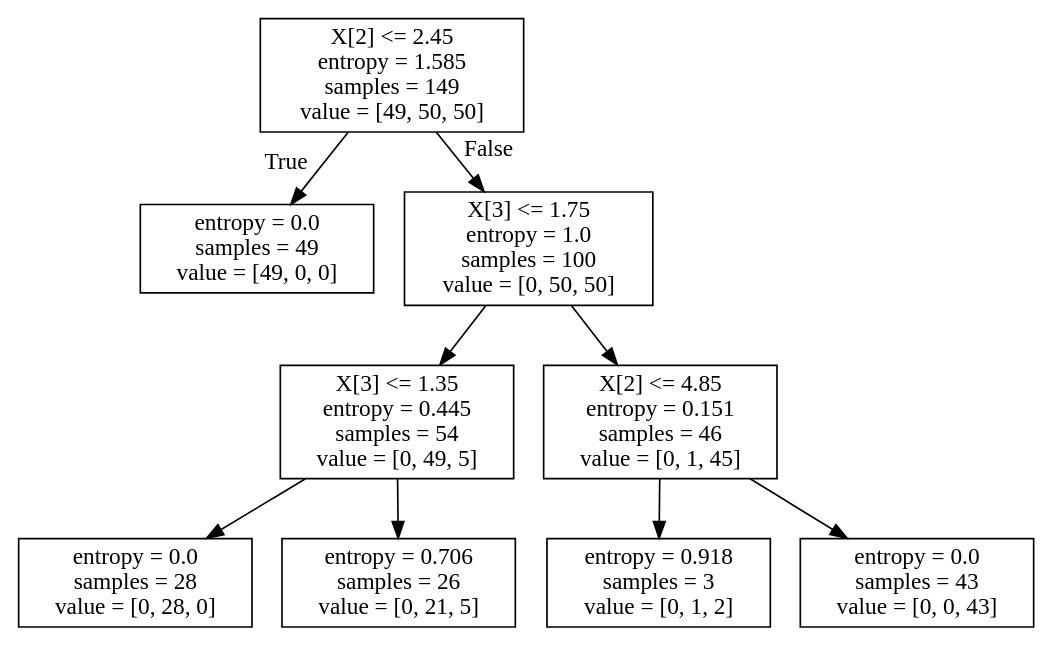
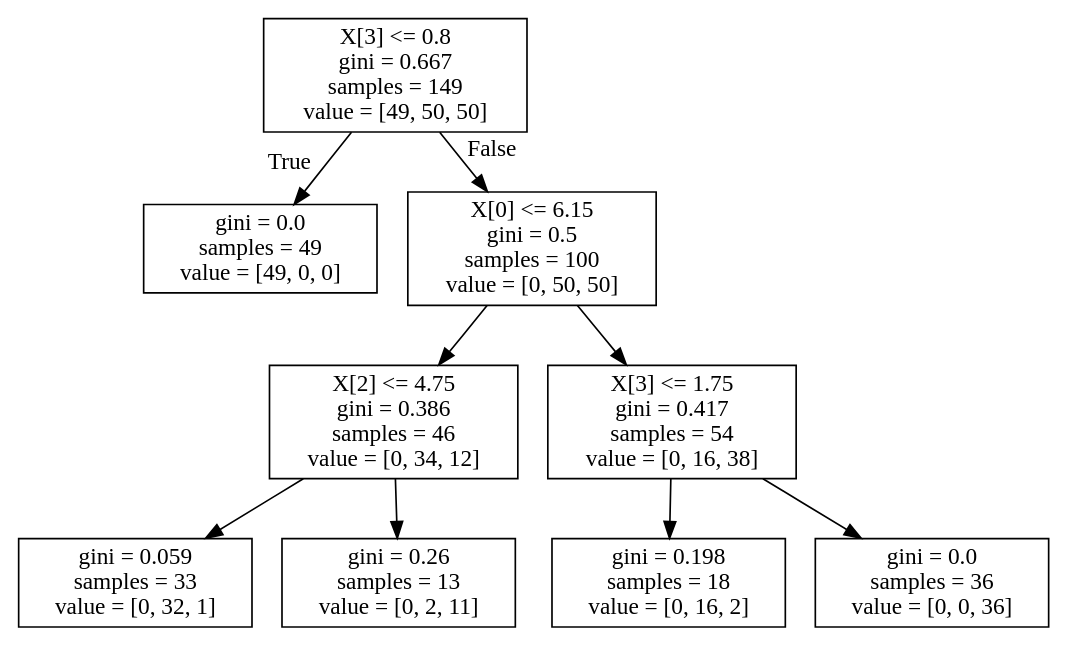
One commit to tantatkee/My-Data-Analysis-and-Machine-Learning-Projects changed the diagram in example-data-science-notebook/iris_dtc.dot. Above: the diagram before and after it, drawn with Graphviz. The commit also changed 1 other file, not shown here.

```diff
--- a/example-data-science-notebook/iris_dtc.dot
+++ b/example-data-science-notebook/iris_dtc.dot
@@ -1,20 +1,20 @@
 digraph Tree {
 node [shape=box] ;
-0 [label="X[2] <= 2.45\nentropy = 1.585\nsamples = 149\nvalue = [49, 50, 50]"] ;
-1 [label="entropy = 0.0\nsamples = 49\nvalue = [49, 0, 0]"] ;
+0 [label="X[3] <= 0.8\ngini = 0.667\nsamples = 149\nvalue = [49, 50, 50]"] ;
+1 [label="gini = 0.0\nsamples = 49\nvalue = [49, 0, 0]"] ;
 0 -> 1 [labeldistance=2.5, labelangle=45, headlabel="True"] ;
-2 [label="X[3] <= 1.75\nentropy = 1.0\nsamples = 100\nvalue = [0, 50, 50]"] ;
+2 [label="X[0] <= 6.15\ngini = 0.5\nsamples = 100\nvalue = [0, 50, 50]"] ;
 0 -> 2 [labeldistance=2.5, labelangle=-45, headlabel="False"] ;
-3 [label="X[3] <= 1.35\nentropy = 0.445\nsamples = 54\nvalue = [0, 49, 5]"] ;
+3 [label="X[2] <= 4.75\ngini = 0.386\nsamples = 46\nvalue = [0, 34, 12]"] ;
 2 -> 3 ;
-4 [label="entropy = 0.0\nsamples = 28\nvalue = [0, 28, 0]"] ;
+4 [label="gini = 0.059\nsamples = 33\nvalue = [0, 32, 1]"] ;
 3 -> 4 ;
-5 [label="entropy = 0.706\nsamples = 26\nvalue = [0, 21, 5]"] ;
+5 [label="gini = 0.26\nsamples = 13\nvalue = [0, 2, 11]"] ;
 3 -> 5 ;
-6 [label="X[2] <= 4.85\nentropy = 0.151\nsamples = 46\nvalue = [0, 1, 45]"] ;
+6 [label="X[3] <= 1.75\ngini = 0.417\nsamples = 54\nvalue = [0, 16, 38]"] ;
 2 -> 6 ;
-7 [label="entropy = 0.918\nsamples = 3\nvalue = [0, 1, 2]"] ;
+7 [label="gini = 0.198\nsamples = 18\nvalue = [0, 16, 2]"] ;
 6 -> 7 ;
-8 [label="entropy = 0.0\nsamples = 43\nvalue = [0, 0, 43]"] ;
+8 [label="gini = 0.0\nsamples = 36\nvalue = [0, 0, 36]"] ;
 6 -> 8 ;
 }
```
